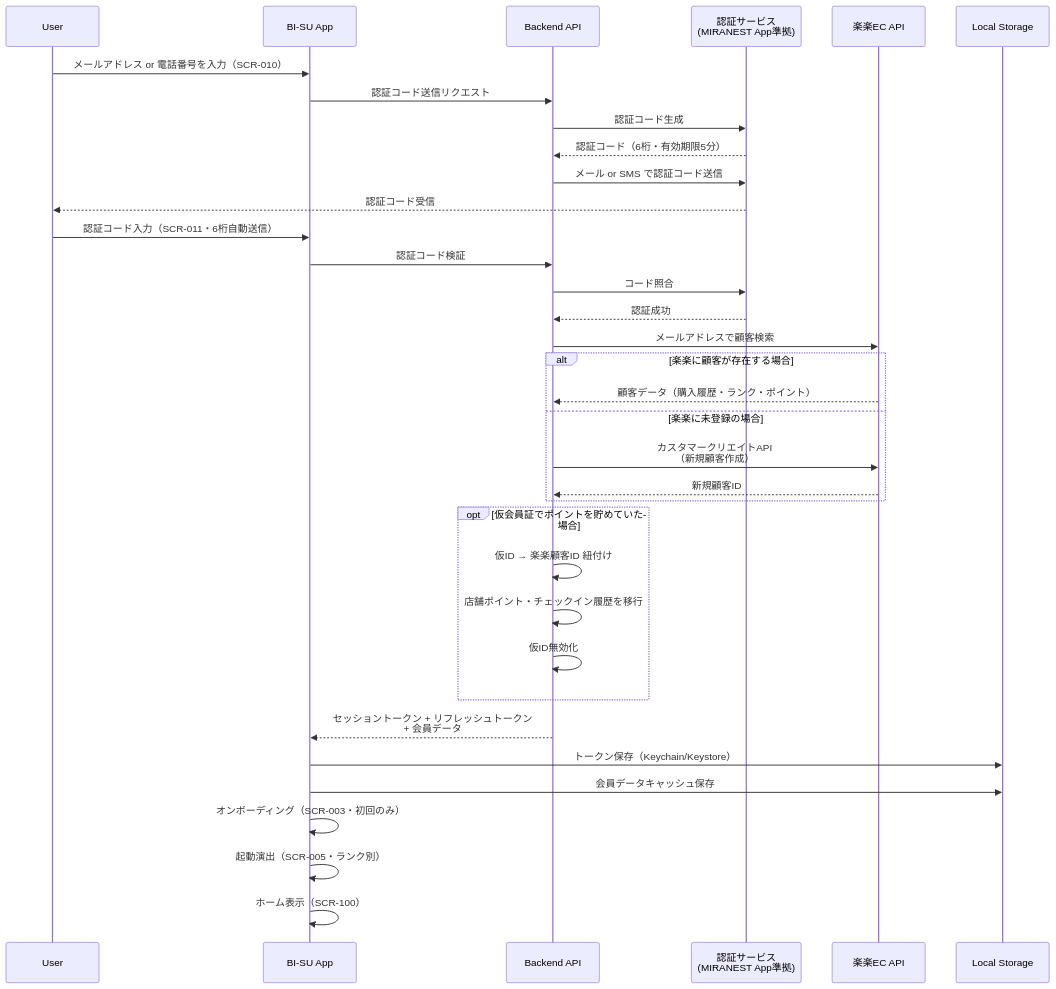
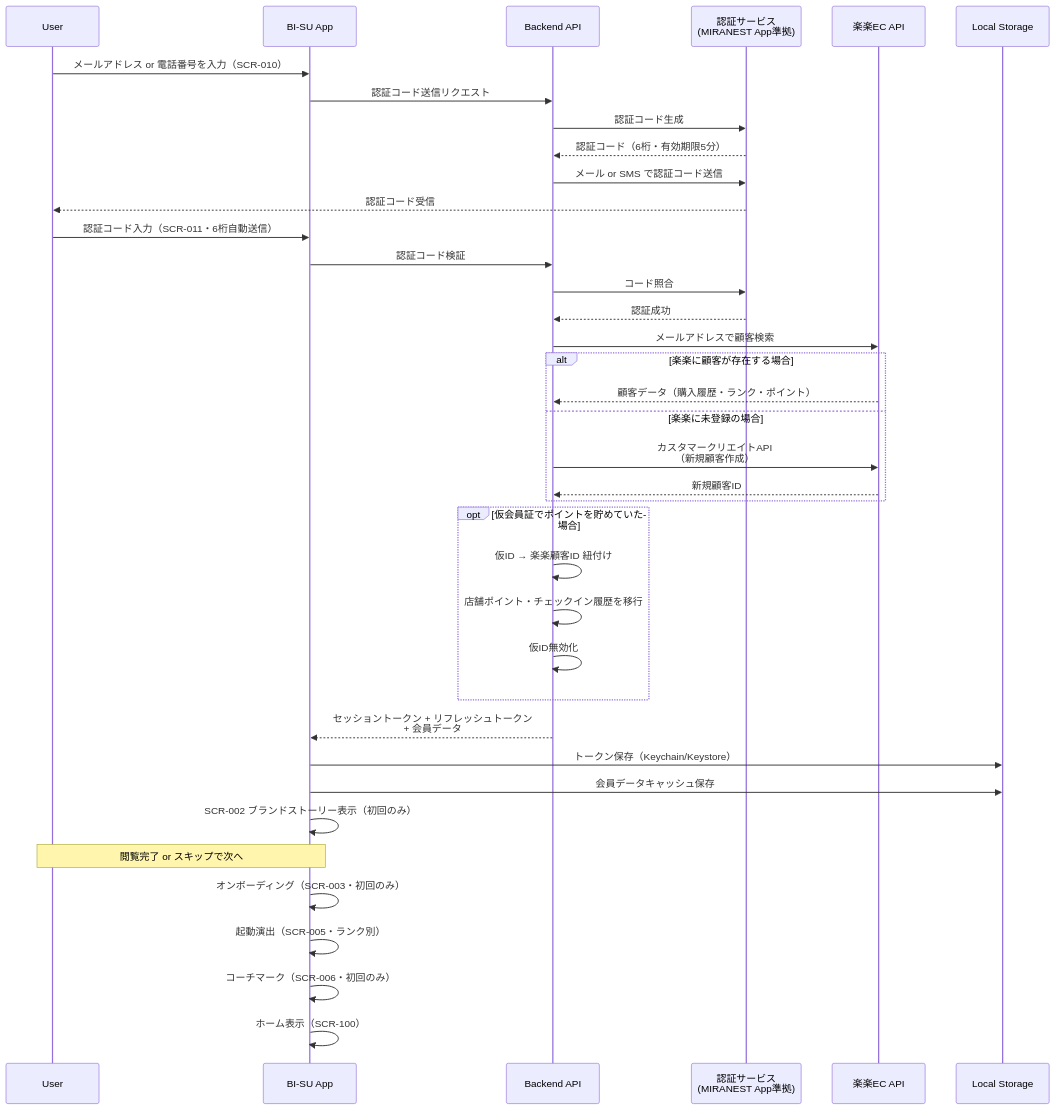
One commit to YukaHasebe/bi-su-app changed the second of 24 diagrams in docs/05_シーケンス図.md. Above: the diagram before and after it, drawn with Mermaid. The commit also changed other lines of this file and 7 other files, not shown here.

````diff
--- a/docs/05_シーケンス図.md
+++ b/docs/05_シーケンス図.md
@@ -39,43 +39,46 @@
 ```mermaid
 sequenceDiagram
     participant U as User
     participant App as BI-SU App
     participant API as Backend API
     participant Auth as 認証サービス<br/>(MIRANEST App準拠)
     participant REC as 楽楽EC API
     participant LS as Local Storage
 
     U->>App: メールアドレス or 電話番号を入力（SCR-010）
     App->>API: 認証コード送信リクエスト
     API->>Auth: 認証コード生成
     Auth-->>API: 認証コード（6桁・有効期限5分）
     API->>Auth: メール or SMS で認証コード送信
     Auth-->>U: 認証コード受信
 
     U->>App: 認証コード入力（SCR-011・6桁自動送信）
     App->>API: 認証コード検証
     API->>Auth: コード照合
     Auth-->>API: 認証成功
 
     API->>REC: メールアドレスで顧客検索
     alt 楽楽に顧客が存在する場合
         REC-->>API: 顧客データ（購入履歴・ランク・ポイント）
     else 楽楽に未登録の場合
         API->>REC: カスタマークリエイトAPI<br/>（新規顧客作成）
         REC-->>API: 新規顧客ID
     end
 
     opt 仮会員証でポイントを貯めていた場合
         API->>API: 仮ID → 楽楽顧客ID 紐付け
         API->>API: 店舗ポイント・チェックイン履歴を移行
         API->>API: 仮ID無効化
     end
 
     API-->>App: セッショントークン + リフレッシュトークン<br/>+ 会員データ
     App->>LS: トークン保存（Keychain/Keystore）
     App->>LS: 会員データキャッシュ保存
 
+    App->>App: SCR-002 ブランドストーリー表示（初回のみ）
+    Note over U,App: 閲覧完了 or スキップで次へ
     App->>App: オンボーディング（SCR-003・初回のみ）
     App->>App: 起動演出（SCR-005・ランク別）
+    App->>App: コーチマーク（SCR-006・初回のみ）
     App->>App: ホーム表示（SCR-100）
 ```
````
